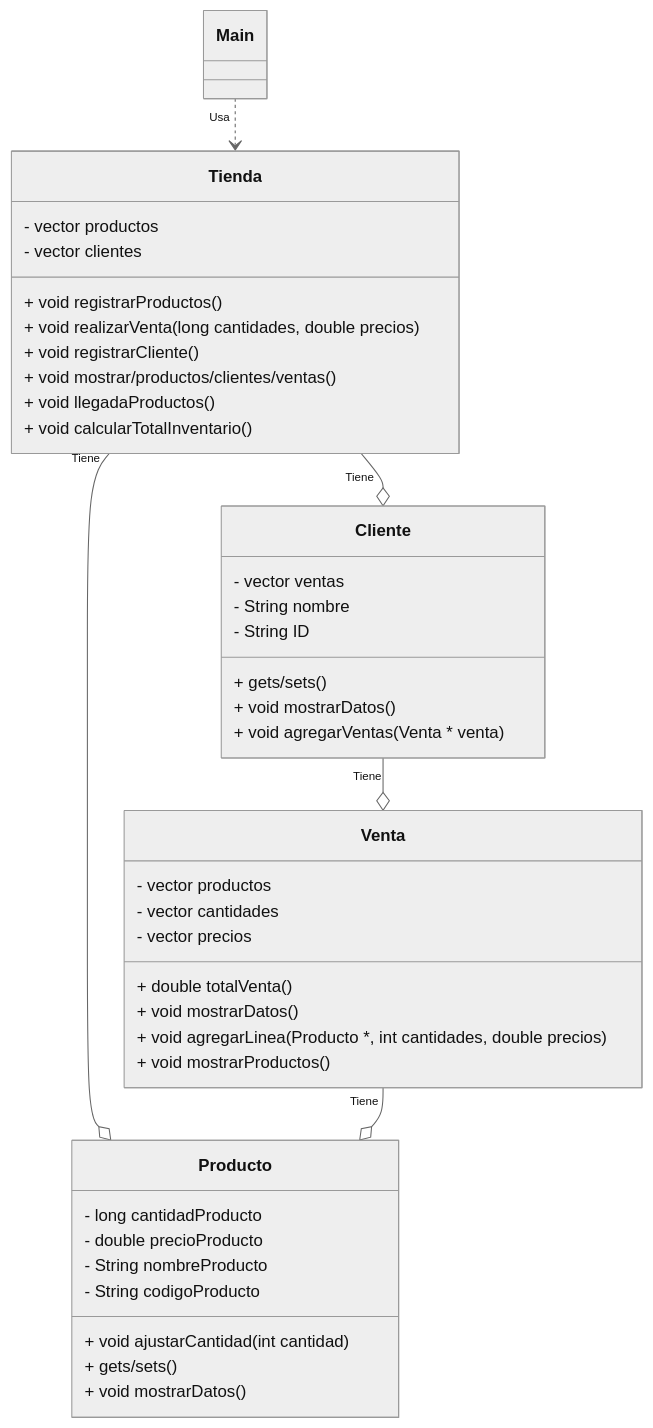
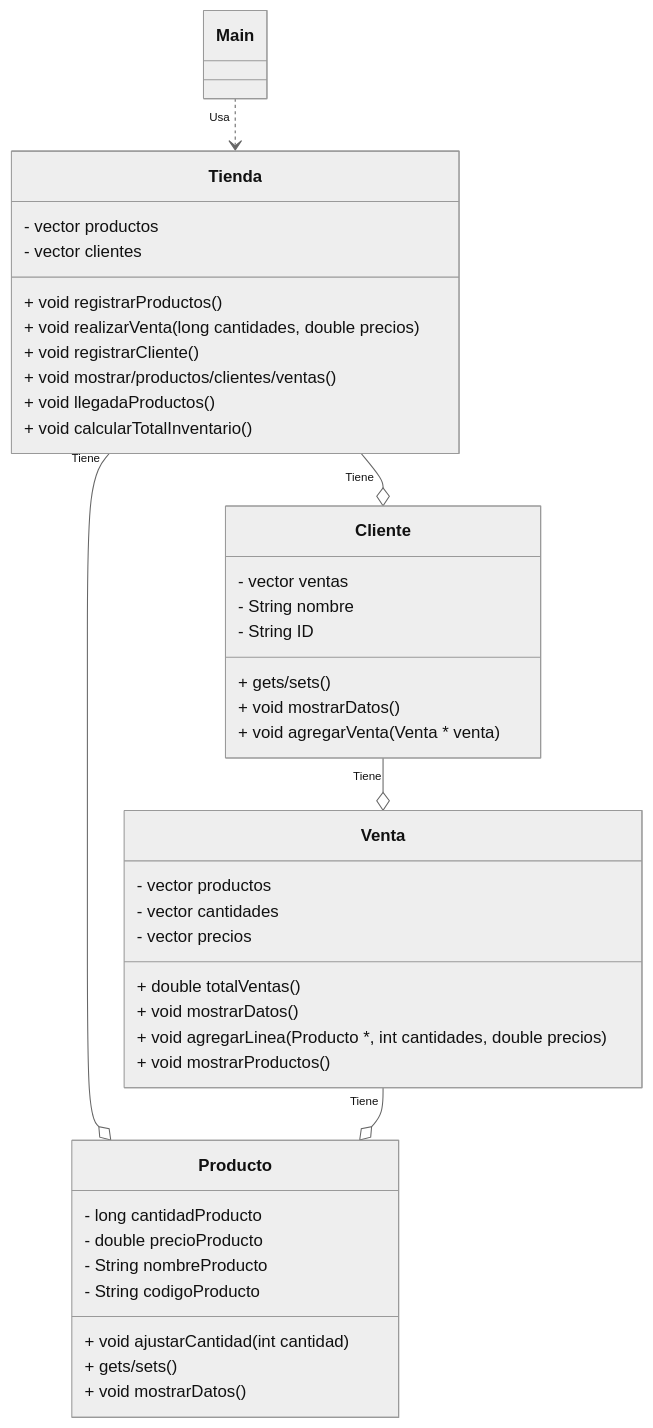
The diagram in DiagramaUML.md (300CIS017-Object-Oriented-Programming/7-entreg-practica-disenoypoo-felipe08121), drawn with Mermaid (neutral theme) before and after one commit. The commit also changed 8 other files, not shown here.

Commit message:
MOD: Se realizaron modificaciones a todas las clases, al diagrama y al main.

````diff
--- a/DiagramaUML.md
+++ b/DiagramaUML.md
@@ -1,67 +1,67 @@
 ```mermaid
 
 classDiagram
    class Tienda{
     - vector productos
     - vector clientes 
     + void registrarProductos()
     + void realizarVenta( long cantidades, double precios)
     + void registrarCliente()
     + void mostrar/productos/clientes/ventas()
     + void llegadaProductos( )
     + void calcularTotalInventario()
 
 
    }
 
     class Producto{
         
 
 
         - long cantidadProducto
         - double precioProducto
         - String nombreProducto
         - String codigoProducto
         + void ajustarCantidad( int cantidad) 
         + gets/sets()
         + void mostrarDatos()
         
         
 
     }
 
     class Venta {
         - vector productos
         - vector cantidades
         - vector precios
        
-        + double totalVenta()
+        + double totalVentas()
         + void mostrarDatos()
         + void agregarLinea( Producto *, int cantidades, double precios)
         + void mostrarProductos()
     }
 
     class Cliente{
         - vector ventas
         
         + gets/sets()
         + void mostrarDatos()
-        + void agregarVentas( Venta * venta)
+        + void agregarVenta( Venta * venta)
         - String nombre
         - String ID
 
     }
 
     class Main{
 
     }
 
      Main "Usa "..> Tienda
      
      Tienda "Tiene" --o Cliente
      Tienda "Tiene" --o Producto
      Cliente "Tiene" --o Venta
      Venta "Tiene" --o Producto
 
 
 ```
````
